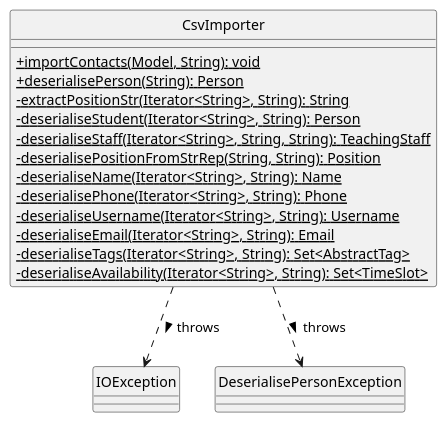
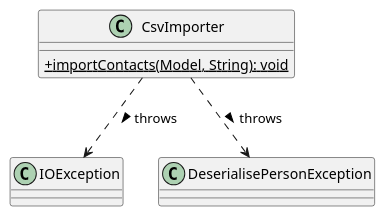
The diagram in docs/diagrams/import-command/CsvImporterClass.puml (incursi0n/tp), drawn with PlantUML before and after one commit. The commit also changed 2 other files, not shown here.

```diff
--- a/docs/diagrams/import-command/CsvImporterClass.puml
+++ b/docs/diagrams/import-command/CsvImporterClass.puml
@@ -1,22 +1,10 @@
 @startuml
-hide circle
 skinparam classAttributeIconSize 0
 
 class CsvImporter {
     + {static} importContacts(Model, String): void
-    + {static} deserialisePerson(String): Person
-    - {static} extractPositionStr(Iterator<String>, String): String
-    - {static} deserialiseStudent(Iterator<String>, String): Person
-    - {static} deserialiseStaff(Iterator<String>, String, String): TeachingStaff
-    - {static} deserialisePositionFromStrRep(String, String): Position
-    - {static} deserialiseName(Iterator<String>, String): Name
-    - {static} deserialisePhone(Iterator<String>, String): Phone
-    - {static} deserialiseUsername(Iterator<String>, String): Username
-    - {static} deserialiseEmail(Iterator<String>, String): Email
-    - {static} deserialiseTags(Iterator<String>, String): Set<AbstractTag>
-    - {static} deserialiseAvailability(Iterator<String>, String): Set<TimeSlot>
 }
 
 CsvImporter ..> IOException : throws >
 CsvImporter ..> DeserialisePersonException : throws >
 @enduml
```
